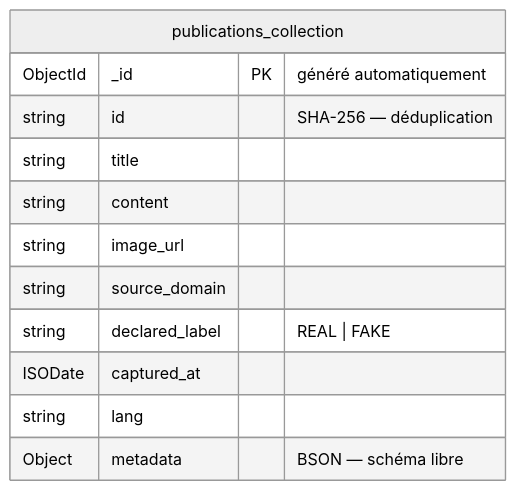
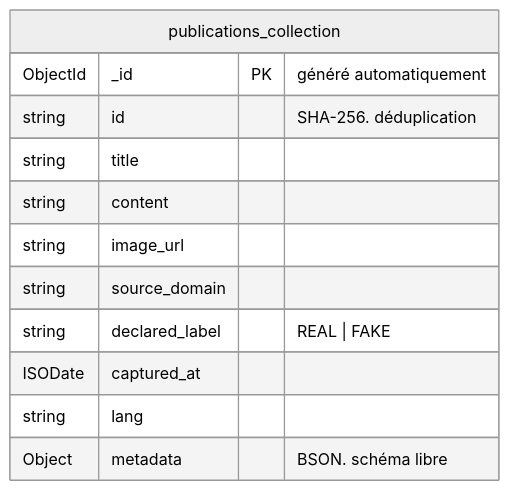
One commit to racemartin/m12_ocr changed the third of 4 diagrams in docs/L4_schema_donnees.md. Above: the diagram before and after it, drawn with Mermaid (neutral theme). The commit also changed other lines of this file, not shown here.

````diff
--- a/docs/L4_schema_donnees.md
+++ b/docs/L4_schema_donnees.md
@@ -204,15 +204,15 @@
 ```mermaid
 erDiagram
     publications_collection {
         ObjectId _id            PK  "généré automatiquement"
-        string   id                 "SHA-256 — déduplication"
+        string   id                 "SHA-256.  déduplication"
         string   title
         string   content
         string   image_url
         string   source_domain
         string   declared_label    "REAL | FAKE"
         ISODate  captured_at
         string   lang
-        Object   metadata          "BSON — schéma libre"
+        Object   metadata          "BSON.  schéma libre"
     }
 ```
````
